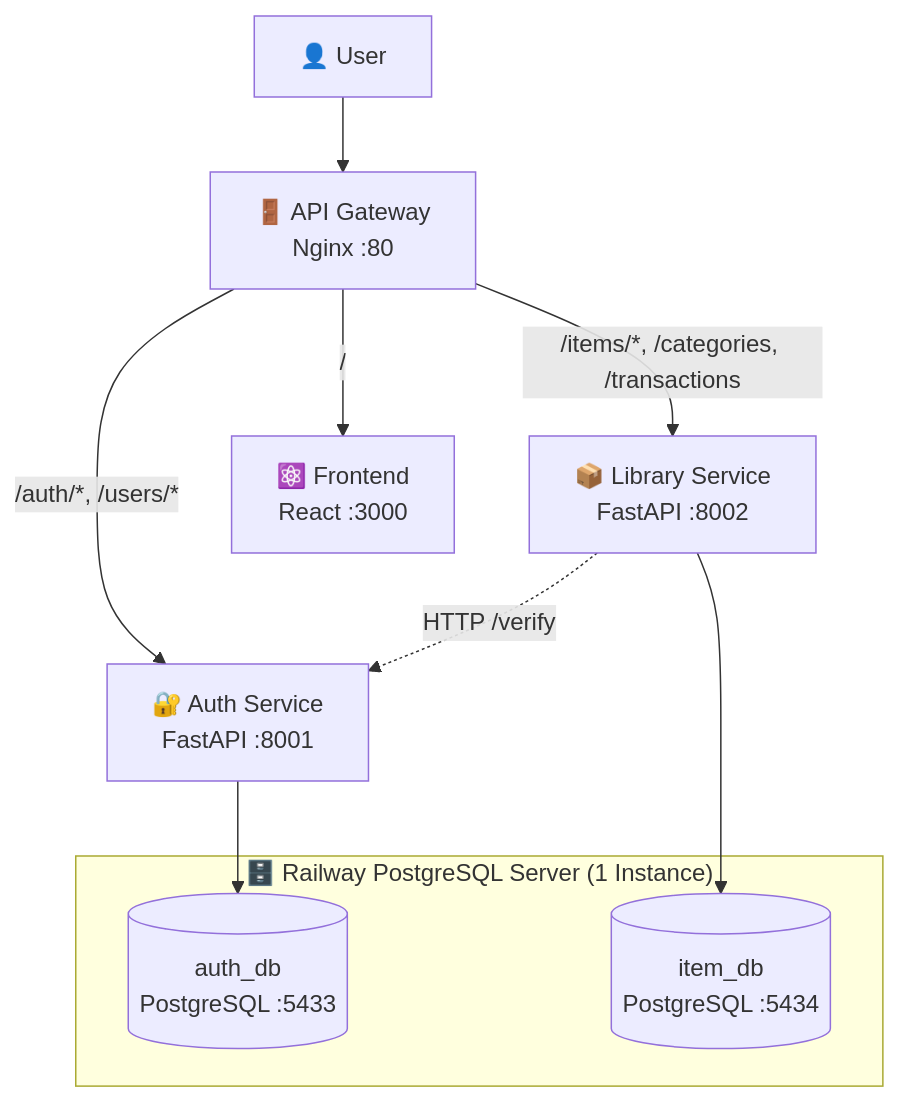
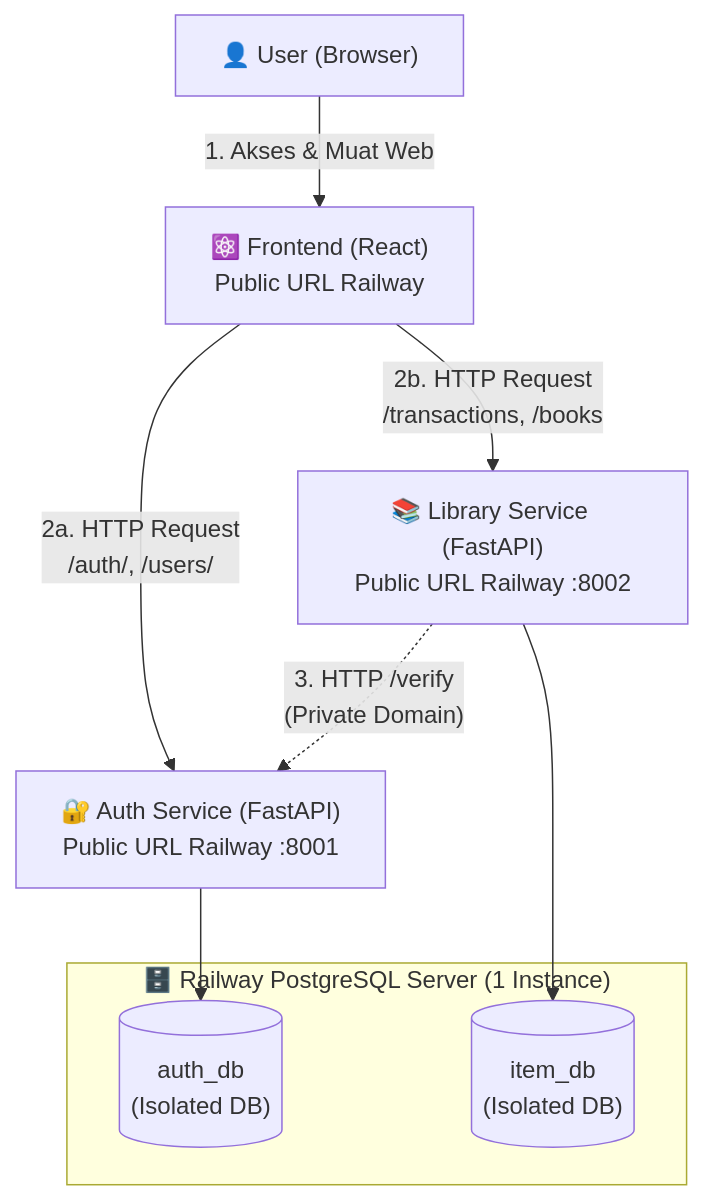
Before and after one commit to aidilsaputrakirsan-classroom/cc-kelompok-a-hexacore: the diagram in readme.md, drawn with Mermaid. The commit also changed other lines of this file and 1 other file, not shown here.

Commit message:
Docs/readme update (#73)
* docs: finalize readme architecture and append essential UAS document links

* docs: reflection paper as a Lead QA & Docs

* docs: readme fix

````diff
--- a/readme.md
+++ b/readme.md
@@ -55,16 +55,20 @@
 ```mermaid
 flowchart TD
-    USER["👤 User"] --> GW["🚪 API Gateway<br/>Nginx :80"]
-    GW -->|"/auth/*, /users/*"| AUTH["🔐 Auth Service<br/>FastAPI :8001"]
-    GW -->|"/items/*, /categories, /transactions"| ITEM["📦 Library Service<br/>FastAPI :8002"]
-    GW -->|"/"| FE["⚛️ Frontend<br/>React :3000"]
+    USER["👤 User (Browser)"] -->|1. Akses & Muat Web| FE["⚛️ Frontend (React)<br/>Public URL Railway"]
+    
+    %% Alur Request dari Sisi Client Frontend React ke Backend
+    FE -->|2a. HTTP Request<br/>/auth/, /users/| AUTH["🔐 Auth Service (FastAPI)<br/>Public URL Railway :8001"]
+    FE -->|2b. HTTP Request<br/>/transactions, /books| ITEM["📚 Library Service (FastAPI)<br/>Public URL Railway :8002"]
     
     subgraph RailwayDB ["🗄️ Railway PostgreSQL Server (1 Instance)"]
         ADB[("auth_db<br/>(Isolated DB)")]
         IDB[("item_db<br/>(Isolated DB)")]
     end
 
-    AUTH --> ADB[("auth_db<br/>PostgreSQL :5433")]
-    ITEM --> IDB[("item_db<br/>PostgreSQL :5434")]
-    ITEM -.->|"HTTP /verify"| AUTH
+    %% Koneksi Database
+    AUTH --> ADB
+    ITEM --> IDB
+    
+    %% Komunikasi Antar-Layanan di Belakang (Backchannel)
+    ITEM -.->|"3. HTTP /verify<br/>(Private Domain)"| AUTH
 ```
````
